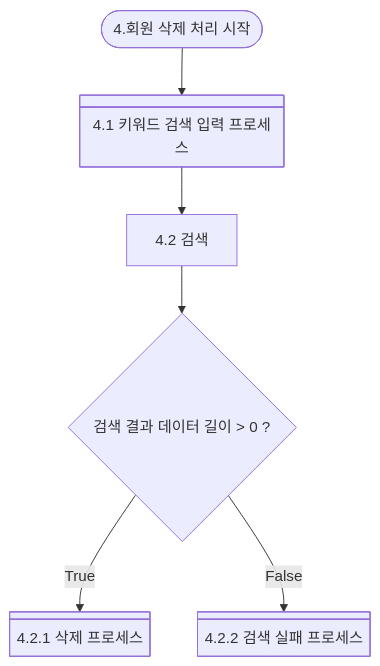
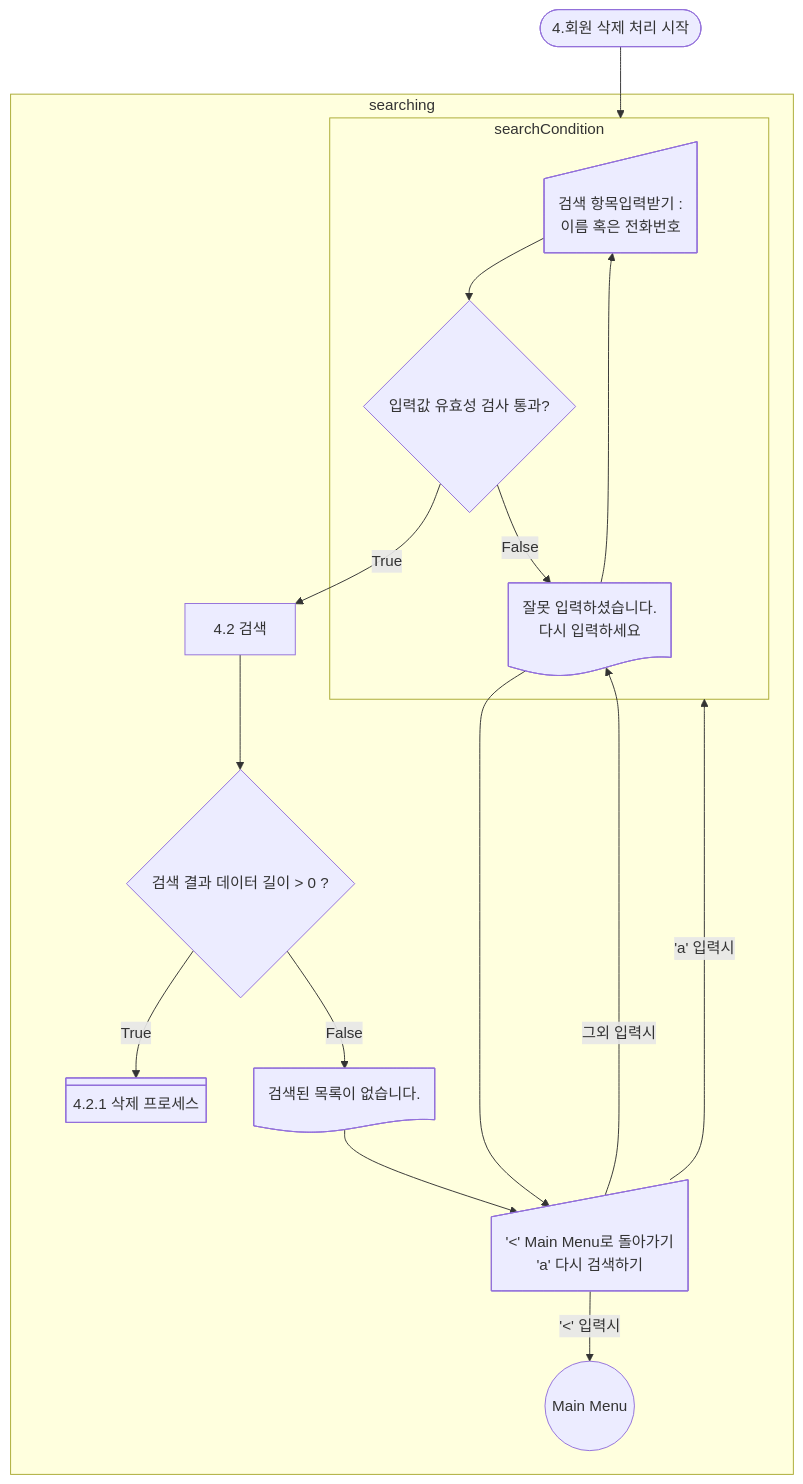
The diagram in docs/1stSubject_flowchart04_remove_4.0.md (Happy-o3ov/big20-python-project1-team3), drawn with Mermaid before and after one commit. The commit also changed 5 other files, not shown here.

Commit message:
flowchart finish

````diff
--- a/docs/1stSubject_flowchart04_remove_4.0.md
+++ b/docs/1stSubject_flowchart04_remove_4.0.md
@@ -2,10 +2,24 @@
 ```mermaid
 graph TD
    %% 4.회원 삭제 처리
-   Remove([4.회원 삭제 처리 시작]) --> searchCondition@{ shape: div-rect, label: "4.1 키워드 검색 입력 프로세스" } 
-   searchCondition --> searching[4.2 검색]
-   searching --> searchResult{ 검색 결과 데이터 길이 > 0 ? }
-   searchResult -- True --> deleteItems@{ shape: div-rect, label: "4.2.1 삭제 프로세스"}
-   searchResult -- False --> searchResultFailed@{ shape: div-rect, label: "4.2.2 검색 실패 프로세스"}
-  
+   %% Remove([4.회원 삭제 처리 시작]) --> searchCondition@{ shape: div-rect, label: "4.1 키워드 검색 입력 프로세스" } 
+   Remove([4.회원 삭제 처리 시작]) --> searchCondition
+      subgraph searchCondition
+      inputSearchKeyword@{ shape: sl-rect, label: "검색 항목입력받기 : <br> 이름 혹은 전화번호"};    
+      inputSearchKeyword --> validationSearchKeyword{입력값 유효성 검사 통과?};
+      validationSearchKeyword -- False --> errorInputPrint@{ shape: doc, label: "잘못입력하셨습니다. <br> 다시 입력하세요"};
+      errorInputPrint --> inputSearchKeyword;   
+   end
+   %% searchCondition --> searching[4.2 검색]
+   subgraph searching 
+      validationSearchKeyword -- True --> searching[4.2 검색]
+      searching --> searchResult{ 검색 결과 데이터 길이 > 0 ? }
+      searchResult -- True --> deleteItems@{ shape: div-rect, label: "4.2.1 삭제 프로세스"}
+      searchResult -- False --> printNoSearch@{ shape: doc, label: "검색된 목록이 없습니다."};
+         printNoSearch --> inputAction@{ shape: sl-rect, label: "'<' Main Menu로 돌아가기 <br> 'a' 다시 검색하기 "}
+         inputAction -- 'a' 입력시 --> searchCondition
+         inputAction -- '<' 입력시 --> MainMenu((Main Menu))
+         inputAction -- 그외 입력시 --> errorInputPrint@{ shape: doc, label: "잘못 입력하셨습니다. <br> 다시 입력하세요"};
+         errorInputPrint --> inputAction    
+   end
  ```
````
